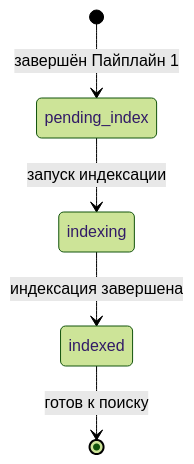
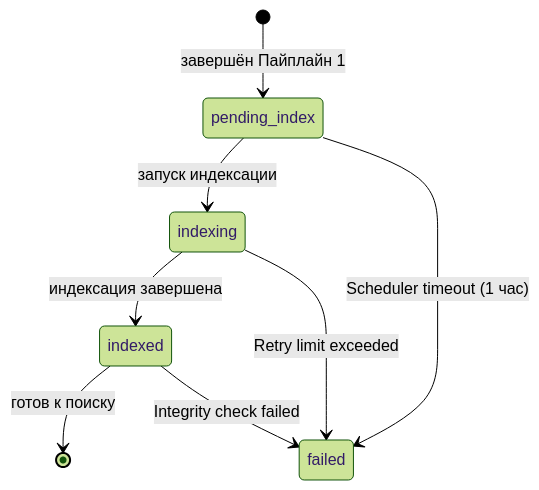
One commit to MasterKSAF/PKB changed the second of 3 diagrams in docs/pipelines/pipeline2-indexation.md. Above: the diagram before and after it, drawn with Mermaid (forest theme). The commit also changed other lines of this file and 16 other files, not shown here.

````diff
--- a/docs/pipelines/pipeline2-indexation.md
+++ b/docs/pipelines/pipeline2-indexation.md
@@ -100,7 +114,10 @@
 ```mermaid
 stateDiagram-v2
     [*] --> pending_index : завершён Пайплайн 1
     pending_index --> indexing : запуск индексации
     indexing --> indexed : индексация завершена
     indexed --> [*] : готов к поиску
+    pending_index --> failed : Scheduler timeout (1 час)
+    indexing --> failed : Retry limit exceeded
+    indexed --> failed : Integrity check failed
 ```
````
